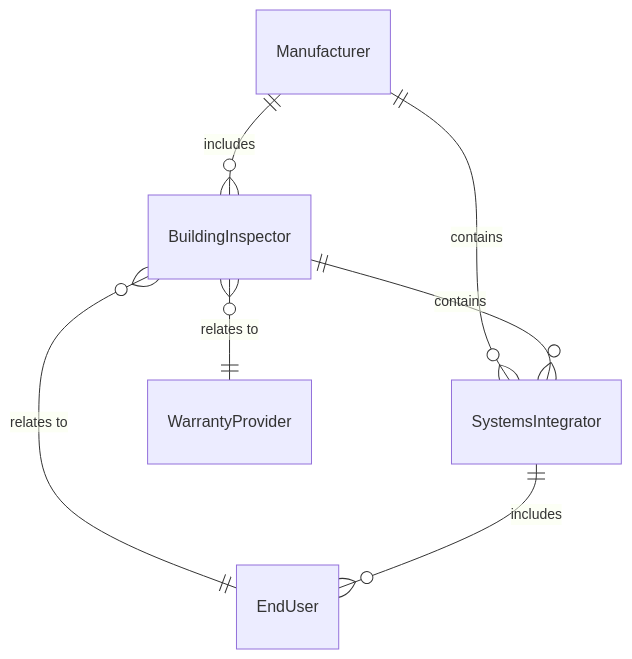
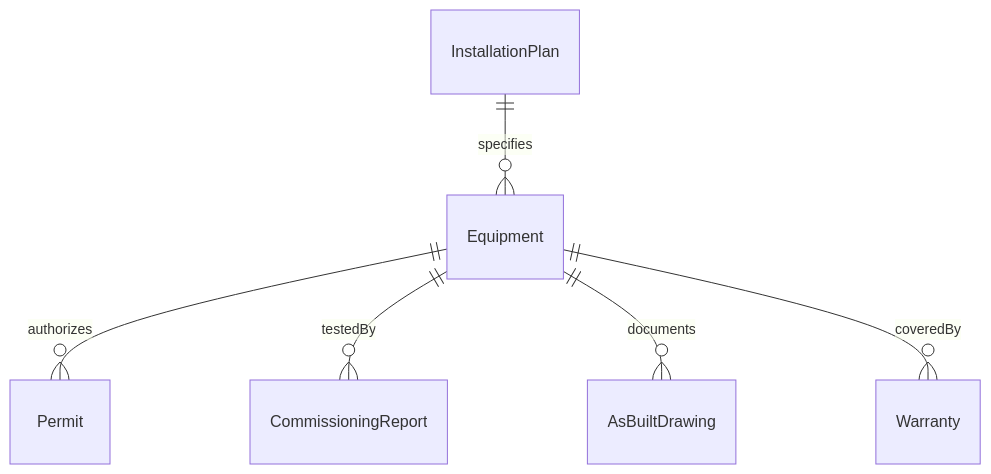
One commit to dot-org-ai/tasks.org.ai changed the first of 4 diagrams in GuidingDirectingAndMotivatingSubordinates/DirectConstructionOrExtractionActivities/DirectInstallationActivities.mdx. Above: the diagram before and after it, drawn with Mermaid. The commit also changed other lines of this file and 515 other files, not shown here.

````diff
--- a/GuidingDirectingAndMotivatingSubordinates/DirectConstructionOrExtractionActivities/DirectInstallationActivities.mdx
+++ b/GuidingDirectingAndMotivatingSubordinates/DirectConstructionOrExtractionActivities/DirectInstallationActivities.mdx
@@ -89,9 +89,8 @@
 ```mermaid
 erDiagram
-    Manufacturer ||--o{ BuildingInspector : includes
-    Manufacturer ||--o{ SystemsIntegrator : contains
-    BuildingInspector ||--o{ SystemsIntegrator : contains
-    BuildingInspector }o--|| EndUser : "relates to"
-    BuildingInspector }o--|| WarrantyProvider : "relates to"
-    SystemsIntegrator ||--o{ EndUser : includes
+    InstallationPlan ||--o{ Equipment : specifies
+    Equipment ||--o{ Permit : authorizes
+    Equipment ||--o{ CommissioningReport : testedBy
+    Equipment ||--o{ AsBuiltDrawing : documents
+    Equipment ||--o{ Warranty : coveredBy
 ```
````
